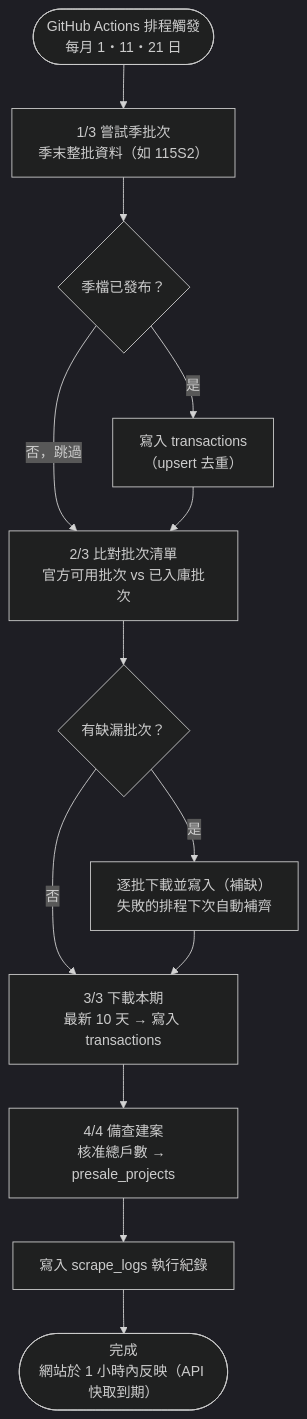
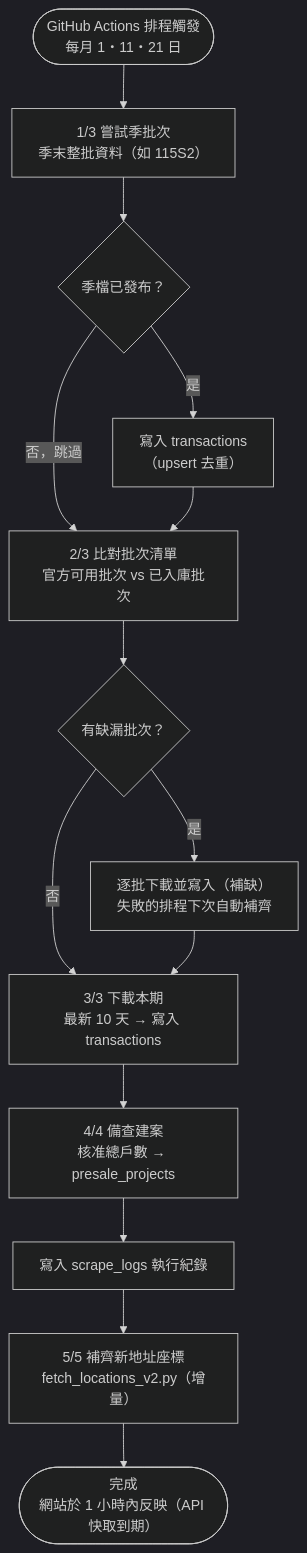
One commit to NuckTW/RealEstatePrice changed the second of 2 diagrams in docs/ARCHITECTURE.md. Above: the diagram before and after it, drawn with Mermaid (dark theme). The commit also changed other lines of this file and 1 other file, not shown here.

````diff
--- a/docs/ARCHITECTURE.md
+++ b/docs/ARCHITECTURE.md
@@ -71,15 +71,16 @@
 ```mermaid
 flowchart TB
     START(["GitHub Actions 排程觸發<br/>每月 1・11・21 日"]) --> STEP1["1/3 嘗試季批次<br/>季末整批資料（如 115S2）"]
     STEP1 --> Q1{"季檔已發布？"}
     Q1 -- "是" --> W1["寫入 transactions<br/>（upsert 去重）"]
     Q1 -- "否，跳過" --> STEP2
     W1 --> STEP2["2/3 比對批次清單<br/>官方可用批次 vs 已入庫批次"]
     STEP2 --> Q2{"有缺漏批次？"}
     Q2 -- "是" --> W2["逐批下載並寫入（補缺）<br/>失敗的排程下次自動補齊"]
     Q2 -- "否" --> STEP3
     W2 --> STEP3["3/3 下載本期<br/>最新 10 天 → 寫入 transactions"]
     STEP3 --> STEP4["4/4 備查建案<br/>核准總戶數 → presale_projects"]
     STEP4 --> LOG["寫入 scrape_logs 執行紀錄"]
-    LOG --> DONE(["完成<br/>網站於 1 小時內反映（API 快取到期）"])
+    LOG --> STEP5["5/5 補齊新地址座標<br/>fetch_locations_v2.py（增量）"]
+    STEP5 --> DONE(["完成<br/>網站於 1 小時內反映（API 快取到期）"])
 ```
````
